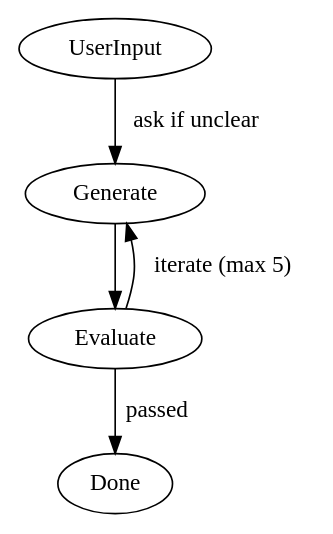
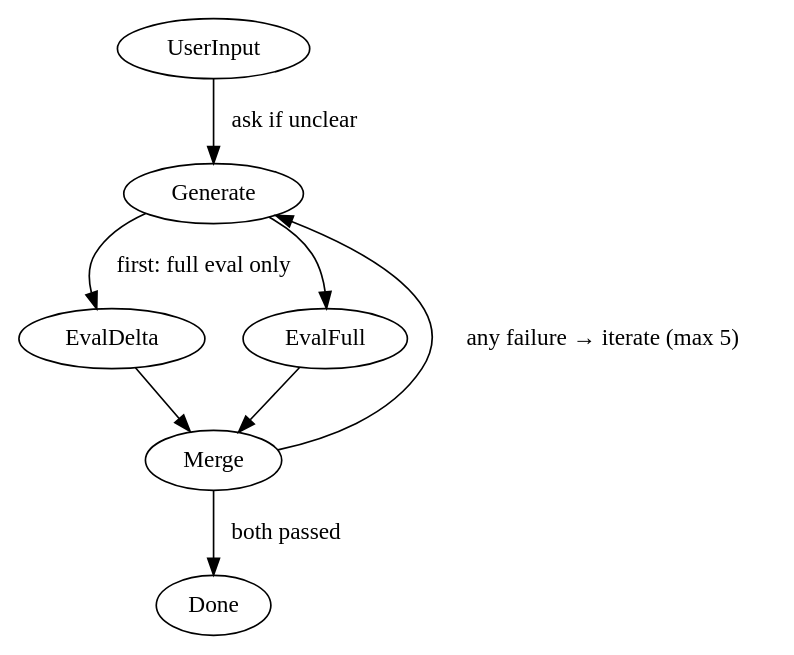
Before and after one commit to jiyeol-lee/dotfiles: the diagram in .opencode/prompts/agent/primary/build.md, drawn with Graphviz. The commit also changed other lines of this file and 1 other file, not shown here.

````diff
--- a/.opencode/prompts/agent/primary/build.md
+++ b/.opencode/prompts/agent/primary/build.md
@@ -12,13 +13,16 @@
 ```dot
 digraph BuildFlow {
     rankdir=TB;
     node [shape=ellipse];
 
-    UserInput; Generate; Evaluate; Done;
+    UserInput; Generate; EvalDelta; EvalFull; Merge; Done;
 
     UserInput -> Generate [label="ask if unclear"];
-    Generate  -> Evaluate;
-    Evaluate  -> Generate [label="iterate (max 5)", constraint=false];
-    Evaluate  -> Done     [label="passed"];
+    Generate  -> EvalDelta [label="first: full eval only"];
+    Generate  -> EvalFull;
+    EvalDelta -> Merge;
+    EvalFull  -> Merge;
+    Merge     -> Generate [label="any failure → iterate (max 5)", constraint=false];
+    Merge     -> Done     [label="both passed"];
 }
 ```
````
